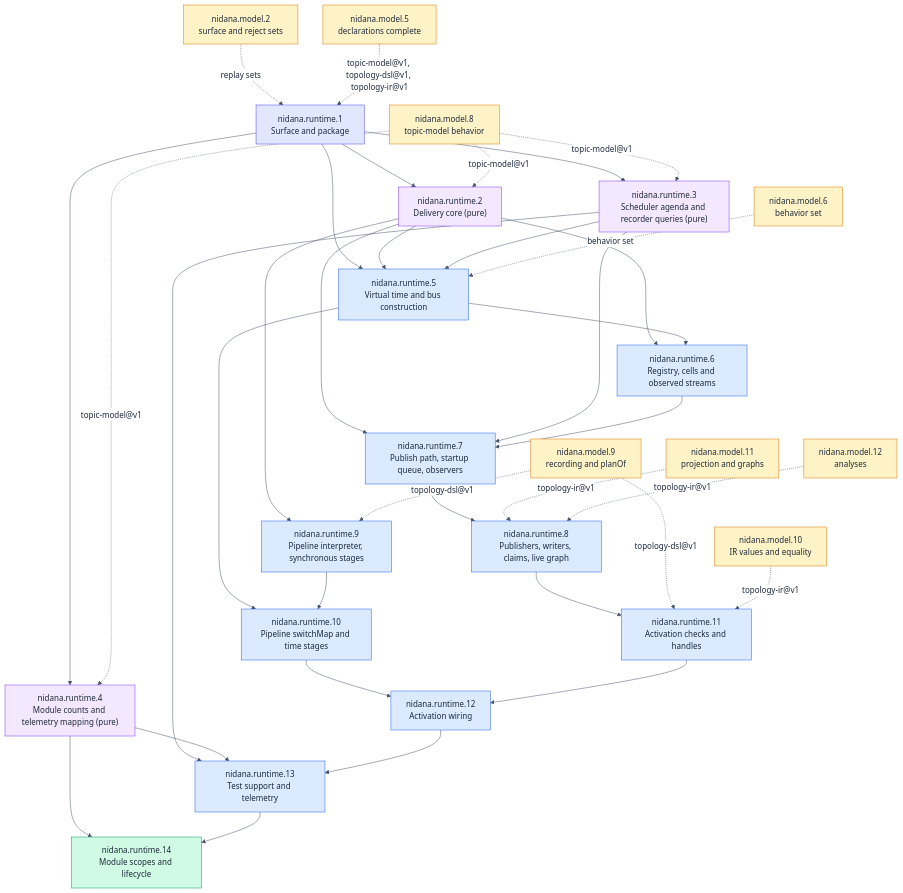
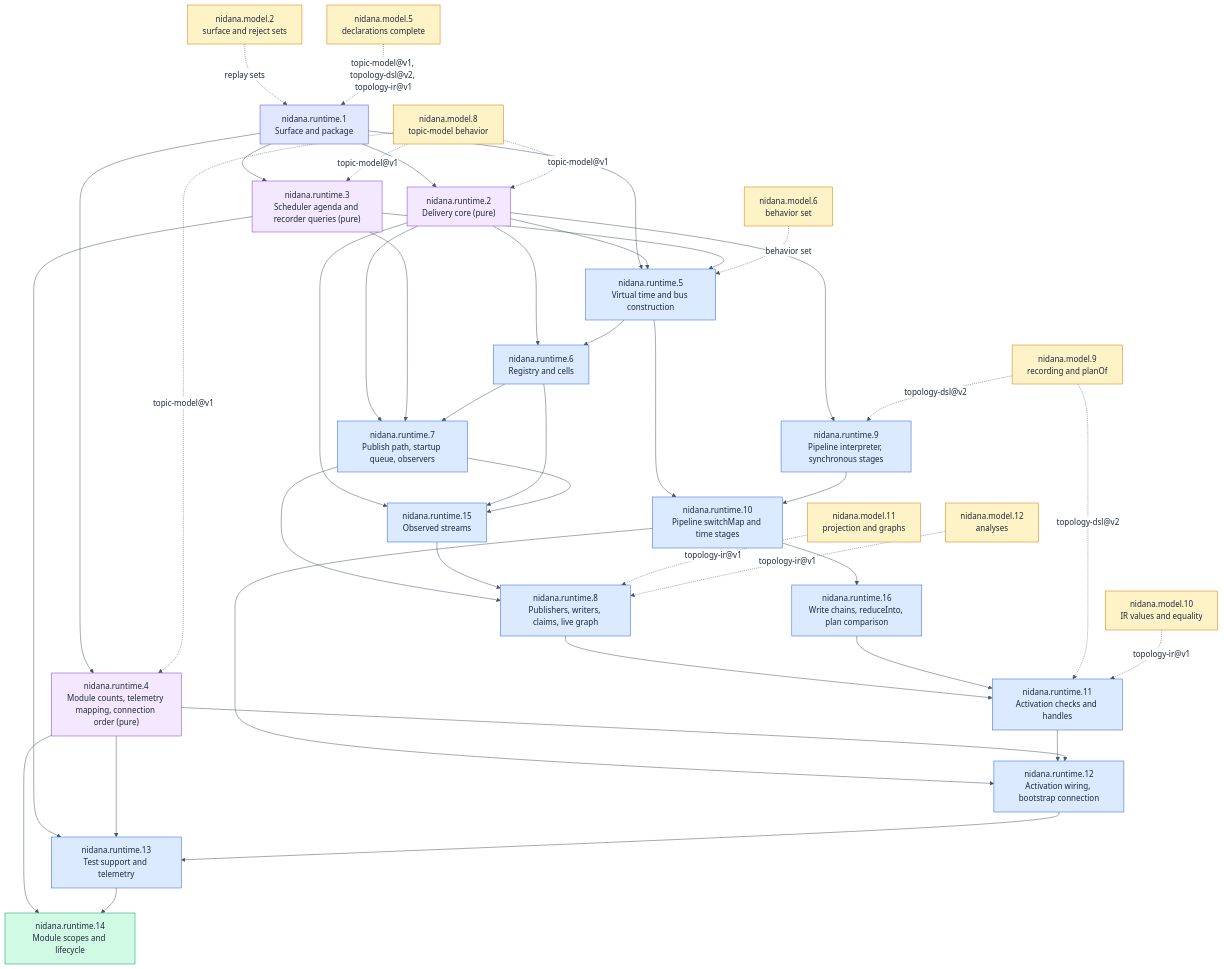
One commit to Samsara-Stream/nidana-bus-dart changed the second of 2 diagrams in hsdd/spec/nidana.runtime.md. Above: the diagram before and after it, drawn with Mermaid. The commit also changed other lines of this file and 3 other files, not shown here.

Commit message:
hsdd: S79 hsdd-phase-plan nidana.runtime re-plan for v0.15.1 (H11): 16 phases, .15 and .16 appended

```diff
--- a/hsdd/spec/nidana.runtime.md
+++ b/hsdd/spec/nidana.runtime.md
@@ -516,15 +577,17 @@
     P1["nidana.runtime.1<br/>Surface and package"]
     P2["nidana.runtime.2<br/>Delivery core (pure)"]
     P3["nidana.runtime.3<br/>Scheduler agenda and recorder queries (pure)"]
-    P4["nidana.runtime.4<br/>Module counts and telemetry mapping (pure)"]
+    P4["nidana.runtime.4<br/>Module counts, telemetry mapping, connection order (pure)"]
     P5["nidana.runtime.5<br/>Virtual time and bus construction"]
-    P6["nidana.runtime.6<br/>Registry, cells and observed streams"]
+    P6["nidana.runtime.6<br/>Registry and cells"]
     P7["nidana.runtime.7<br/>Publish path, startup queue, observers"]
+    P15["nidana.runtime.15<br/>Observed streams"]
     P8["nidana.runtime.8<br/>Publishers, writers, claims, live graph"]
     P9["nidana.runtime.9<br/>Pipeline interpreter, synchronous stages"]
     P10["nidana.runtime.10<br/>Pipeline switchMap and time stages"]
+    P16["nidana.runtime.16<br/>Write chains, reduceInto, plan comparison"]
     P11["nidana.runtime.11<br/>Activation checks and handles"]
-    P12["nidana.runtime.12<br/>Activation wiring"]
+    P12["nidana.runtime.12<br/>Activation wiring, bootstrap connection"]
     P13["nidana.runtime.13<br/>Test support and telemetry"]
     P14["nidana.runtime.14<br/>Module scopes and lifecycle"]
     M2["nidana.model.2<br/>surface and reject sets"]
@@ -559,17 +622,24 @@
     P12 --> P13
     P4 --> P14
     P13 --> P14
+    P2 --> P15
+    P6 --> P15
+    P7 --> P15
+    P15 --> P8
+    P10 --> P16
+    P16 --> P11
+    P4 --> P12
 
     M2 -. "replay sets" .-> P1
-    M5 -. "topic-model@v1, topology-dsl@v1, topology-ir@v1" .-> P1
+    M5 -. "topic-model@v1, topology-dsl@v2, topology-ir@v1" .-> P1
     M8 -. "topic-model@v1" .-> P2
     M8 -. "topic-model@v1" .-> P3
     M8 -. "topic-model@v1" .-> P4
     M6 -. "behavior set" .-> P5
     M11 -. "topology-ir@v1" .-> P8
     M12 -. "topology-ir@v1" .-> P8
-    M9 -. "topology-dsl@v1" .-> P9
-    M9 -. "topology-dsl@v1" .-> P11
+    M9 -. "topology-dsl@v2" .-> P9
+    M9 -. "topology-dsl@v2" .-> P11
     M10 -. "topology-ir@v1" .-> P11
 
     style P1 fill:#e0e7ff,stroke:#4f46e5,color:#1e293b
@@ -586,6 +656,8 @@
     style P12 fill:#dbeafe,stroke:#2563eb,color:#1e293b
     style P13 fill:#dbeafe,stroke:#2563eb,color:#1e293b
     style P14 fill:#d1fae5,stroke:#059669,color:#1e293b
+    style P15 fill:#dbeafe,stroke:#2563eb,color:#1e293b
+    style P16 fill:#dbeafe,stroke:#2563eb,color:#1e293b
     style M2 fill:#fef3c7,stroke:#d97706,color:#1e293b
     style M5 fill:#fef3c7,stroke:#d97706,color:#1e293b
     style M6 fill:#fef3c7,stroke:#d97706,color:#1e293b
```
